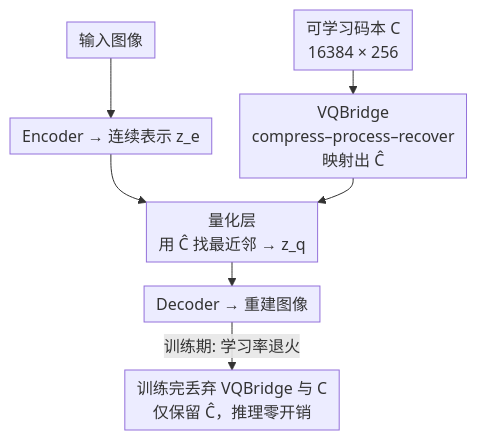
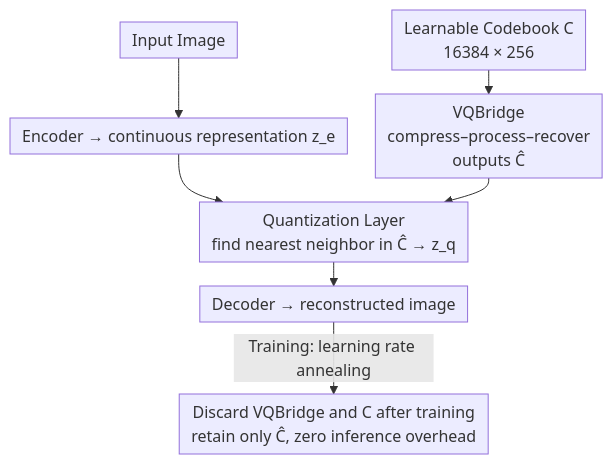
One commit to zhaoyang97/Paper-Notes-en changed the diagram in docs/ICLR2026/image_generation/scalable_training_for_vector-quantized_networks_with_100_codebook_utilization.md. Above: the diagram before and after it, drawn with Mermaid. The commit also changed 644 other files, not shown here.

````diff
--- a/docs/ICLR2026/image_generation/scalable_training_for_vector-quantized_networks_with_100_codebook_utilization.md
+++ b/docs/ICLR2026/image_generation/scalable_training_for_vector-quantized_networks_with_100_codebook_utilization.md
@@ -47,10 +47,10 @@
 ```mermaid
 %%{init: {'flowchart': {'rankSpacing': 24, 'nodeSpacing': 28, 'padding': 6, 'wrappingWidth': 400}}}%%
 flowchart TD
-    A["输入图像"] --> B["Encoder → 连续表示 z_e"]
-    C["可学习码本 C<br/>16384 × 256"] --> D["VQBridge<br/>compress–process–recover<br/>映射出 Ĉ"]
-    B --> E["量化层<br/>用 Ĉ 找最近邻 → z_q"]
+    A["Input Image"] --> B["Encoder → continuous representation z_e"]
+    C["Learnable Codebook C<br/>16384 × 256"] --> D["VQBridge<br/>compress–process–recover<br/>outputs Ĉ"]
+    B --> E["Quantization Layer<br/>find nearest neighbor in Ĉ → z_q"]
     D --> E
-    E --> F["Decoder → 重建图像"]
-    F -->|训练期: 学习率退火| G["训练完丢弃 VQBridge 与 C<br/>仅保留 Ĉ，推理零开销"]
+    E --> F["Decoder → reconstructed image"]
+    F -->|Training: learning rate annealing| G["Discard VQBridge and C after training<br/>retain only Ĉ, zero inference overhead"]
 ```
````
